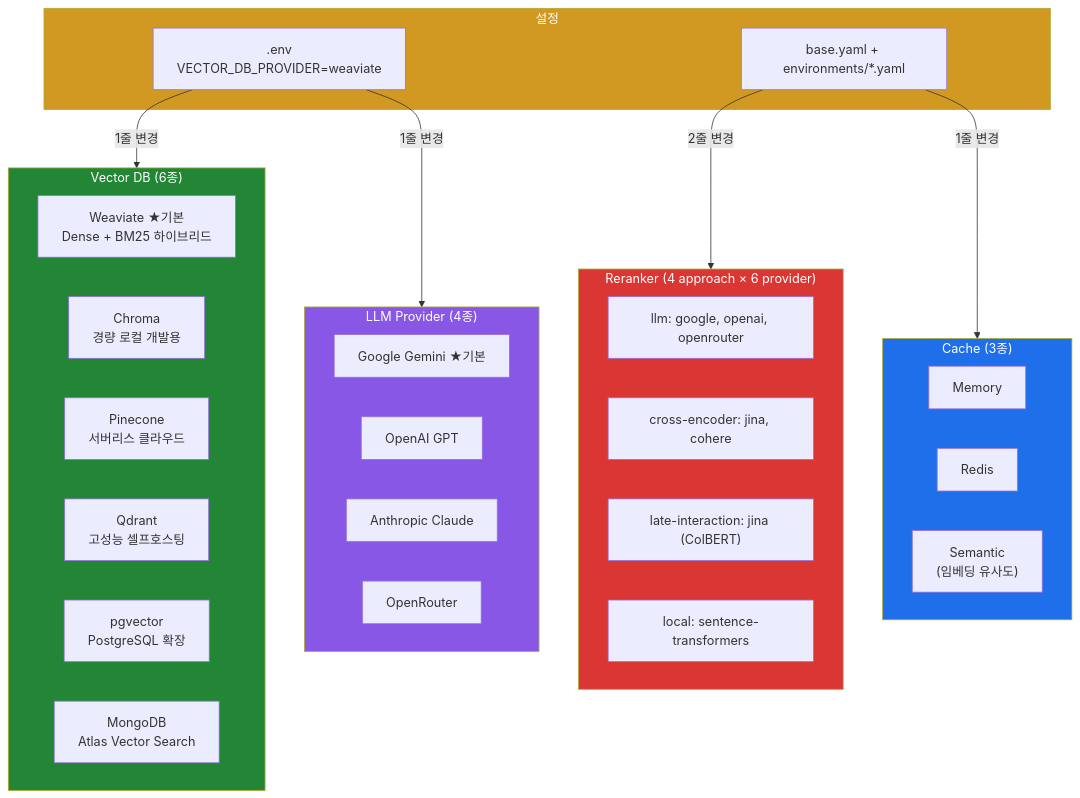
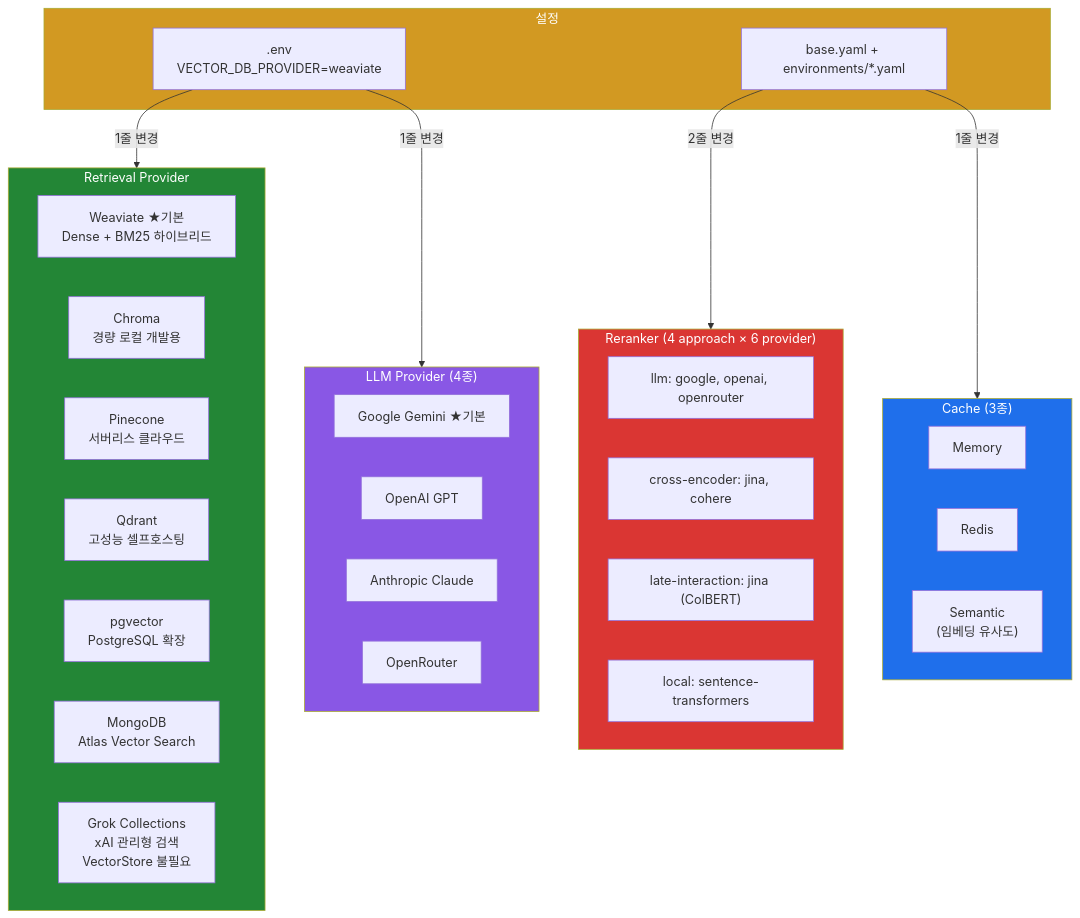
The fifth of 10 diagrams in docs/ARCHITECTURE.md (notadev-iamaura/OneRAG), drawn with Mermaid before and after one commit. The commit also changed other lines of this file and 6 other files, not shown here.

Commit message:
docs: align retrieval provider documentation

````diff
--- a/docs/ARCHITECTURE.md
+++ b/docs/ARCHITECTURE.md
@@ -215,48 +215,49 @@
 ```mermaid
 graph TB
     subgraph Config["설정"]
         ENV[".env<br/>VECTOR_DB_PROVIDER=weaviate"]
         YAML["base.yaml + environments/*.yaml"]
     end
 
-    subgraph VDB["Vector DB (6종)"]
+    subgraph VDB["Retrieval Provider"]
         W["Weaviate ★기본<br/>Dense + BM25 하이브리드"]
         CH["Chroma<br/>경량 로컬 개발용"]
         PI["Pinecone<br/>서버리스 클라우드"]
         QD["Qdrant<br/>고성능 셀프호스팅"]
         PG["pgvector<br/>PostgreSQL 확장"]
         MO["MongoDB<br/>Atlas Vector Search"]
+        GX["Grok Collections<br/>xAI 관리형 검색<br/>VectorStore 불필요"]
     end
 
     subgraph LLMP["LLM Provider (4종)"]
         GE["Google Gemini ★기본"]
         OA["OpenAI GPT"]
         AN["Anthropic Claude"]
         OR["OpenRouter"]
     end
 
     subgraph RRP["Reranker (4 approach × 6 provider)"]
         direction LR
         R_LLM["llm: google, openai, openrouter"]
         R_CE["cross-encoder: jina, cohere"]
         R_LI["late-interaction: jina (ColBERT)"]
         R_LO["local: sentence-transformers"]
     end
 
     subgraph CP["Cache (3종)"]
         ME["Memory"]
         RE["Redis"]
         SE["Semantic<br/>(임베딩 유사도)"]
     end
 
     ENV -->|"1줄 변경"| VDB
     ENV -->|"1줄 변경"| LLMP
     YAML -->|"2줄 변경"| RRP
     YAML -->|"1줄 변경"| CP
 
     style Config fill:#d29922,color:#fff
     style VDB fill:#238636,color:#fff
     style LLMP fill:#8957e5,color:#fff
     style RRP fill:#da3633,color:#fff
     style CP fill:#1f6feb,color:#fff
 ```
````
